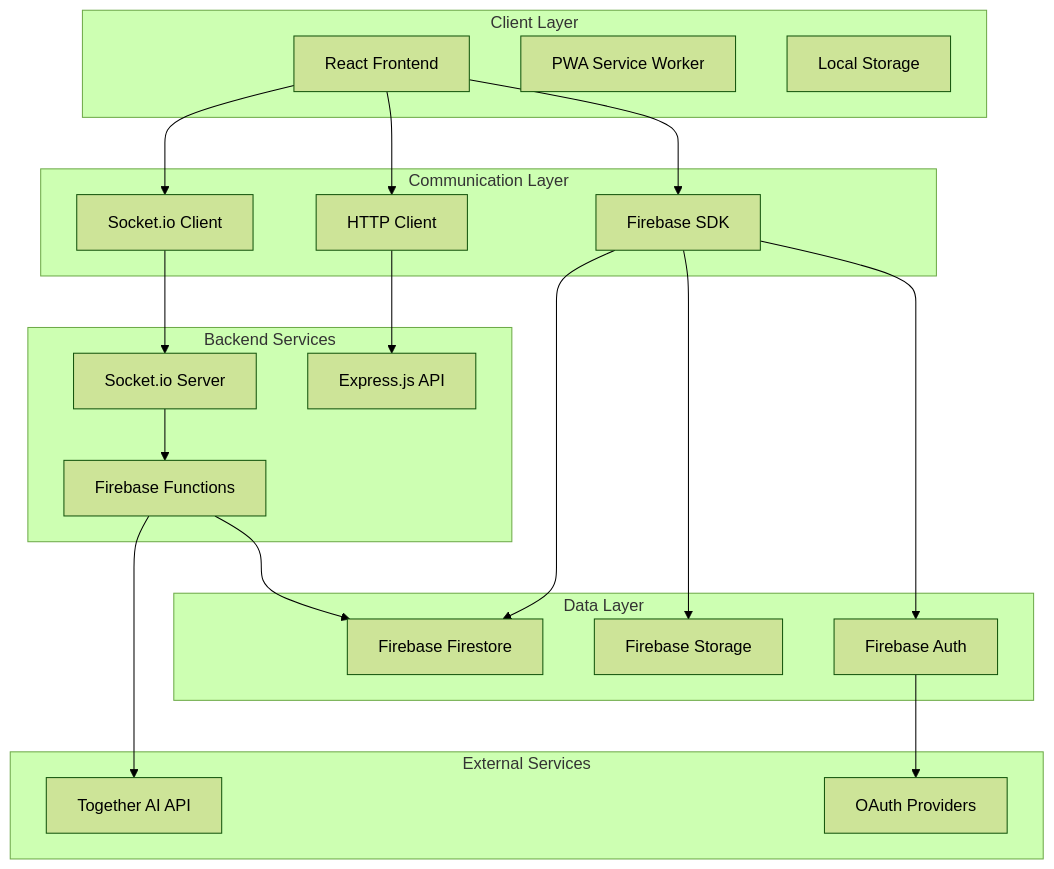
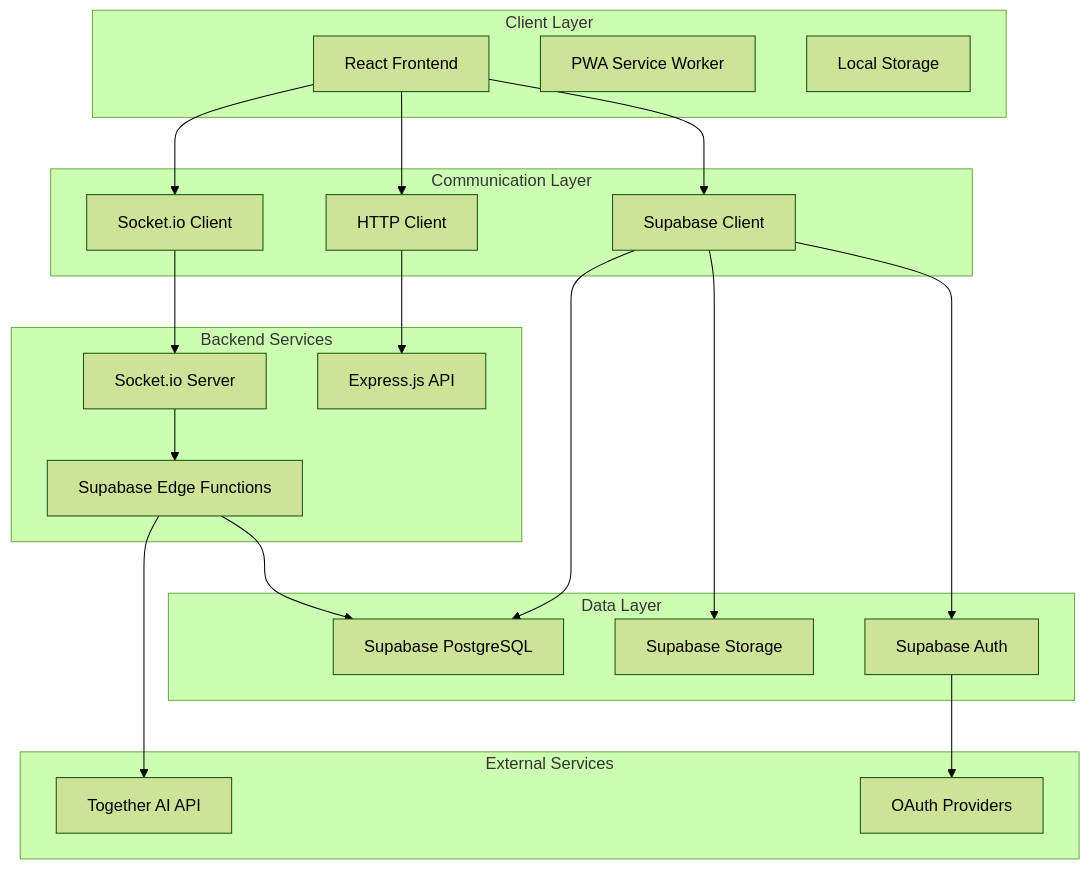
The first of 2 diagrams in .kiro/specs/chat-app-with-ai/design.md (Devendra-Pudi/AIChatBook), drawn with Mermaid (forest theme) before and after one commit. The commit also changed other lines of this file and 46 other files, not shown here.

````diff
--- a/.kiro/specs/chat-app-with-ai/design.md
+++ b/.kiro/specs/chat-app-with-ai/design.md
@@ -13,44 +13,44 @@
 ```mermaid
 graph TB
     subgraph "Client Layer"
         A[React Frontend]
         B[PWA Service Worker]
         C[Local Storage]
     end
     
     subgraph "Communication Layer"
         D[Socket.io Client]
-        E[Firebase SDK]
+        E[Supabase Client]
         F[HTTP Client]
     end
     
     subgraph "Backend Services"
         G[Socket.io Server]
-        H[Firebase Functions]
+        H[Supabase Edge Functions]
         I[Express.js API]
     end
     
     subgraph "Data Layer"
-        J[Firebase Firestore]
-        K[Firebase Storage]
-        L[Firebase Auth]
+        J[Supabase PostgreSQL]
+        K[Supabase Storage]
+        L[Supabase Auth]
     end
     
     subgraph "External Services"
         M[Together AI API]
         N[OAuth Providers]
     end
     
     A --> D
     A --> E
     A --> F
     D --> G
     E --> L
     E --> J
     E --> K
     F --> I
     G --> H
     H --> J
     H --> M
     L --> N
 ```
````
